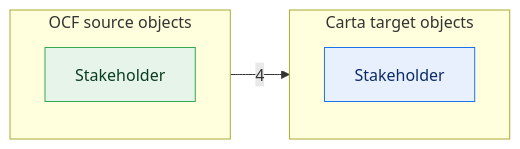
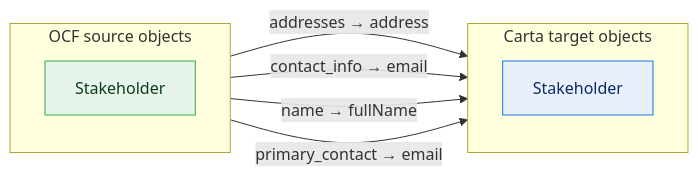
One commit to Open-Cap-Table-Coalition/OCF-Composed-Schemas changed the second of 10 diagrams in core-rich/core-upstream.md. Above: the diagram before and after it, drawn with Mermaid. The commit also changed other lines of this file and 4 other files, not shown here.

First line of the commit message:
OCF Core: label loss-diagram edges with the property flowing

````diff
--- a/core-rich/core-upstream.md
+++ b/core-rich/core-upstream.md
@@ -43,16 +43,19 @@
 ```mermaid
 flowchart LR
   classDef adm fill:#e6f4ea,stroke:#34a853,color:#0b3d20;
   classDef notadm fill:#f1f3f4,stroke:#9aa0a6,color:#5f6368,stroke-dasharray:4 3;
   classDef carta fill:#e8f0fe,stroke:#1a73e8,color:#0d2b66;
   classDef sink fill:#fce8e6,stroke:#d93025,color:#5c0d06;
   subgraph SRC["OCF source objects"]
     direction TB
     o0["Stakeholder"]:::adm
   end
   subgraph TGT["Carta target objects"]
     direction TB
     t0["Stakeholder"]:::carta
   end
-  o0 -->|4| t0
+  o0 -->|"addresses → address"| t0
+  o0 -->|"contact_info → email"| t0
+  o0 -->|"name → fullName"| t0
+  o0 -->|"primary_contact → email"| t0
 ```
````
